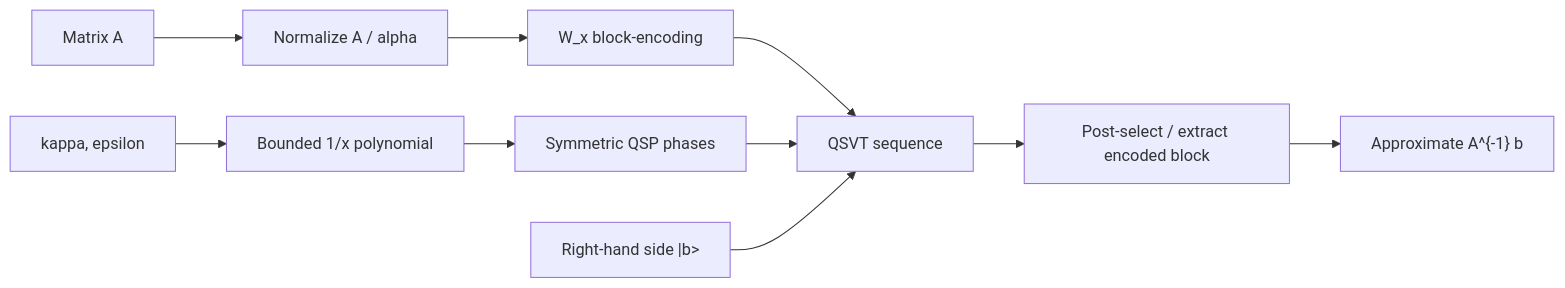
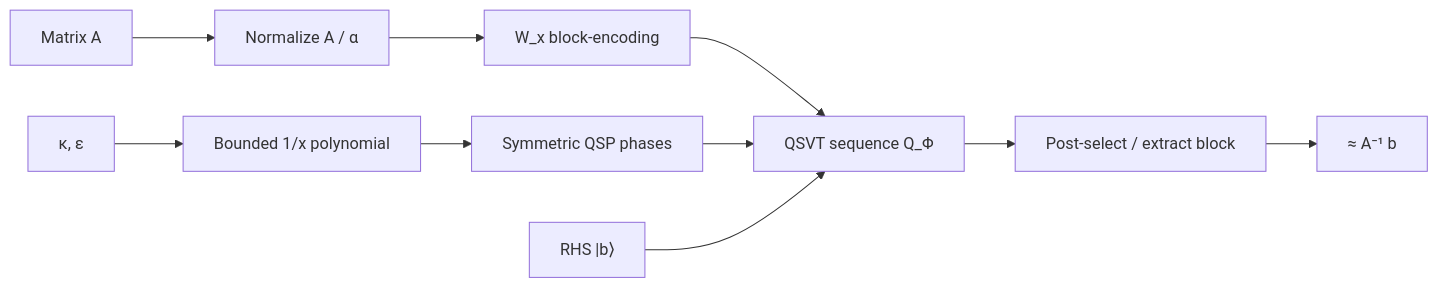
One commit to MonitSharma/qsvt-linear-solvers changed the diagram in README.md. Above: the diagram before and after it, drawn with Mermaid. The commit also changed other lines of this file and 6 other files, not shown here.

````diff
--- a/README.md
+++ b/README.md
@@ -100,12 +179,12 @@
 ```mermaid
 flowchart LR
-    A["Matrix A"] --> N["Normalize A / alpha"]
+    A["Matrix A"] --> N["Normalize  A / α"]
     N --> B["W_x block-encoding"]
-    K["kappa, epsilon"] --> P["Bounded 1/x polynomial"]
+    K["κ, ε"] --> P["Bounded 1/x polynomial"]
     P --> Phi["Symmetric QSP phases"]
-    B --> Q["QSVT sequence"]
+    B --> Q["QSVT sequence Q_Φ"]
     Phi --> Q
-    b["Right-hand side |b>"] --> Q
-    Q --> S["Post-select / extract encoded block"]
-    S --> X["Approximate A^{-1} b"]
+    b["RHS |b⟩"] --> Q
+    Q --> S["Post-select / extract block"]
+    S --> X["≈ A⁻¹ b"]
 ```
````
